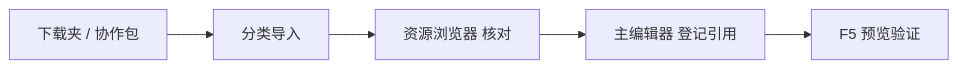
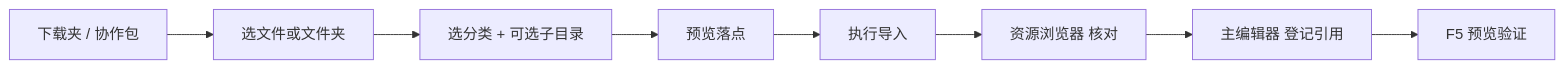
One commit to wubugui/GDoc changed the diagram in docs/editors/asset-domain/asset-ingest.md. Above: the diagram before and after it, drawn with Mermaid. The commit also changed other lines of this file and 112 other files, not shown here.

````diff
--- a/docs/editors/asset-domain/asset-ingest.md
+++ b/docs/editors/asset-domain/asset-ingest.md
@@ -81,7 +39,10 @@
 ```mermaid
 flowchart LR
-  DL[下载夹 / 协作包] --> ING[分类导入]
-  ING --> BR[资源浏览器 核对]
+  DL[下载夹 / 协作包] --> PICK[选文件或文件夹]
+  PICK --> CAT[选分类 + 可选子目录]
+  CAT --> PREVIEW[预览落点]
+  PREVIEW --> RUN[执行导入]
+  RUN --> BR[资源浏览器 核对]
   BR --> REG[主编辑器 登记引用]
   REG --> PV[F5 预览验证]
 ```
````
